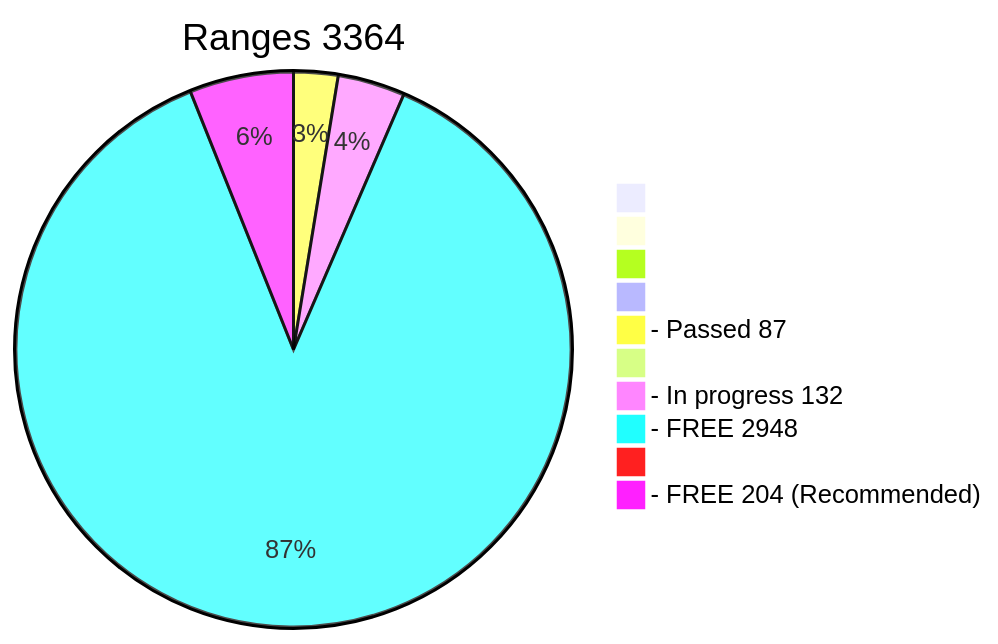
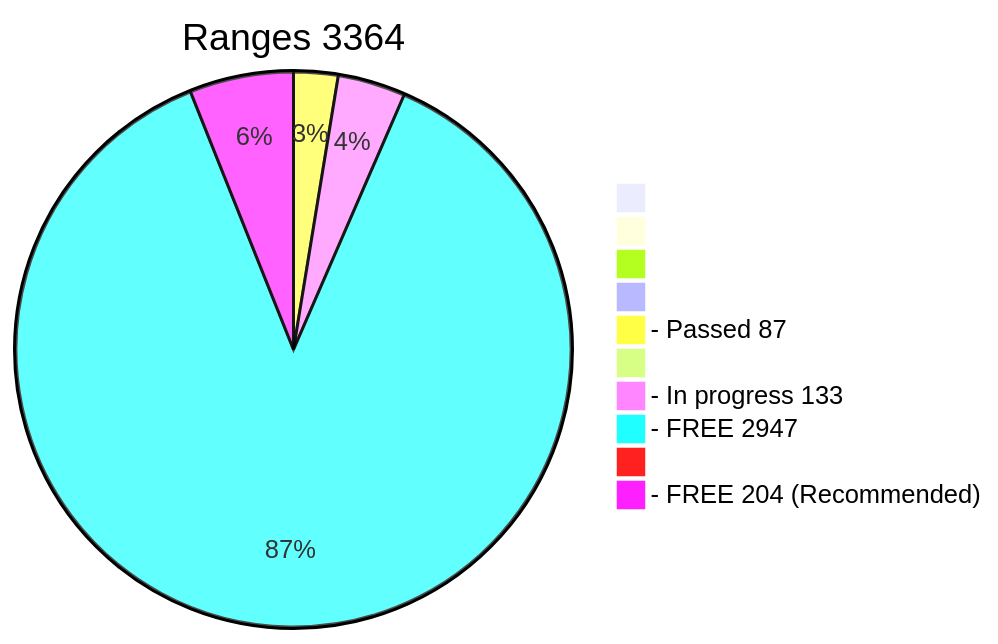
Before and after one commit to phrutis/wif500: the diagram in x64/Release/table.md, drawn with Mermaid. The commit also changed other lines of this file, not shown here.

````diff
--- a/x64/Release/table.md
+++ b/x64/Release/table.md
@@ -3,13 +3,13 @@
 ```mermaid
 pie title Ranges 3364
   " " : 0
   "  " : 0
   "   " : 0
   "    " : 0
   "- Passed 87" : 87
   "     " : 0
-  "- In progress 132" : 132
-  "- FREE 2948" : 2948
+  "- In progress 133" : 133
+  "- FREE 2947" : 2947
   "      " : 0
   "- FREE 204 (Recommended)" : 204
 ```
````
